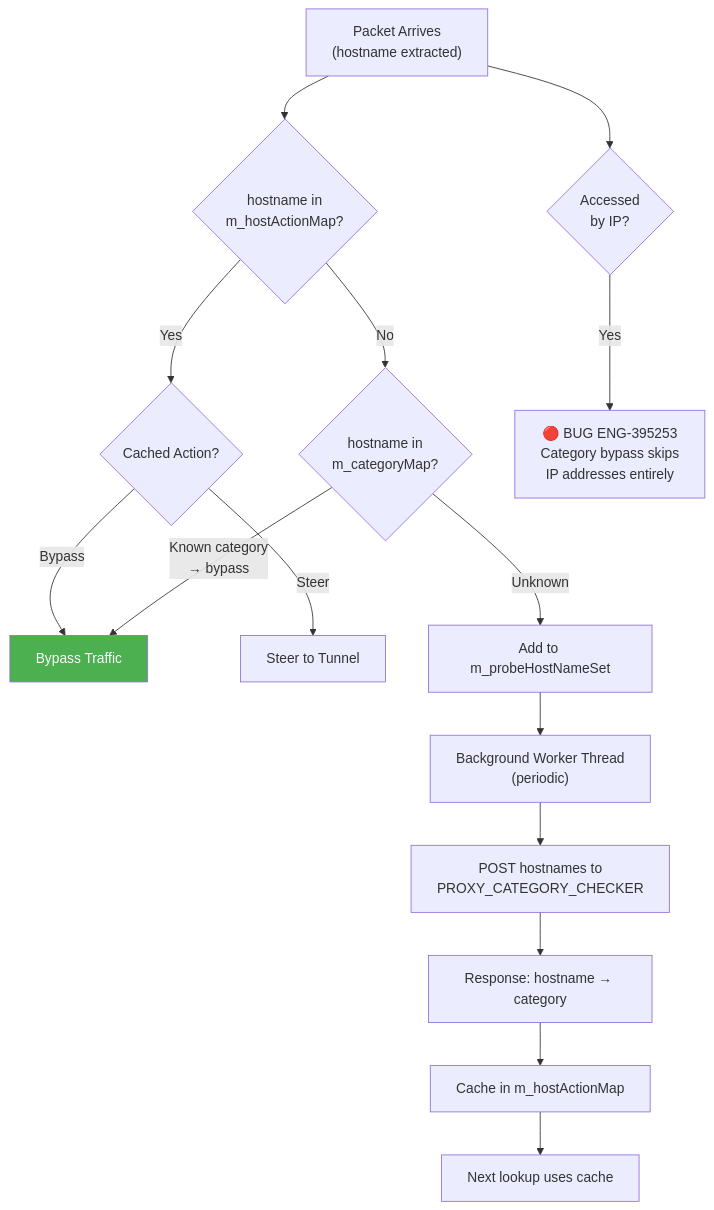
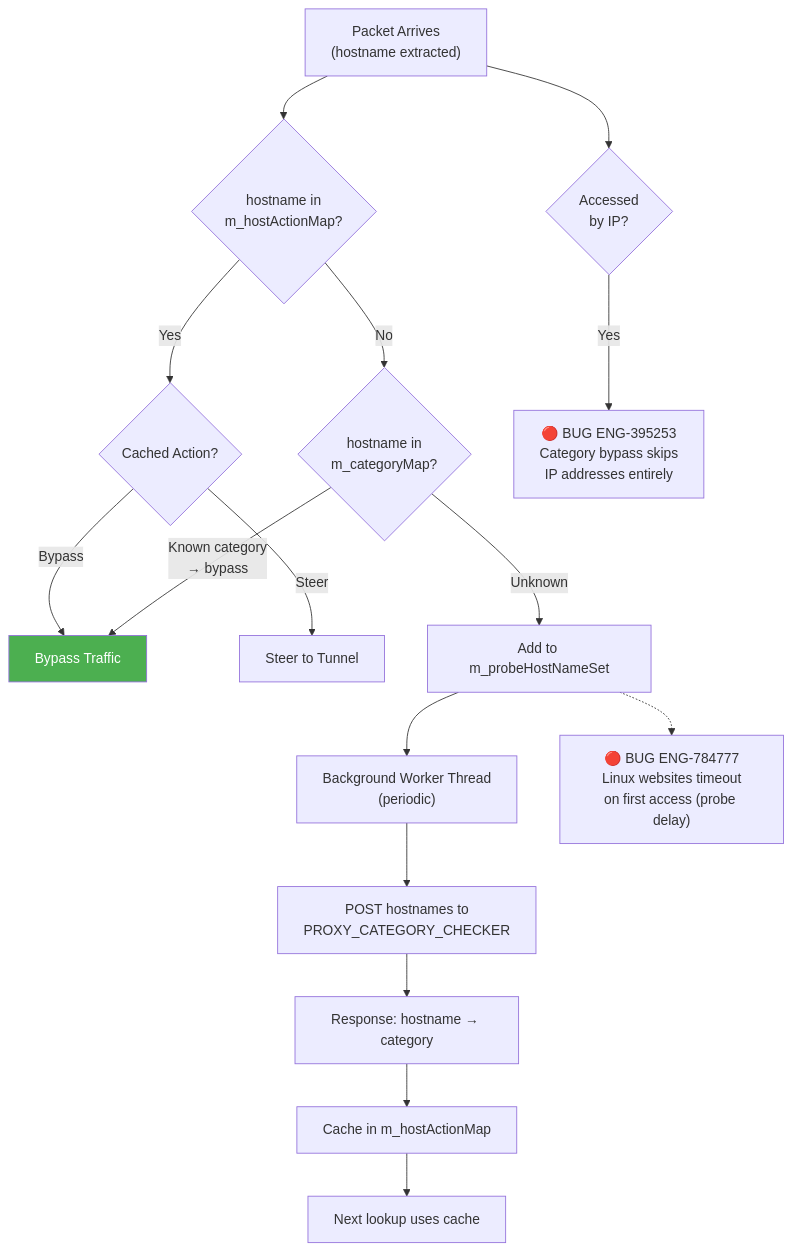
One commit to ns-klin/endpoint_system_test_plan changed the sixth of 10 diagrams in chapters/10_bypass.md. Above: the diagram before and after it, drawn with Mermaid. The commit also changed other lines of this file and 26 other files, not shown here.

First line of the commit message:
Add 87 bugs from Excel enrichment and integrate into mermaid diagrams

````diff
--- a/chapters/10_bypass.md
+++ b/chapters/10_bypass.md
@@ -392,22 +427,24 @@
 ```mermaid
 flowchart TD
     PKT["Packet Arrives<br/>(hostname extracted)"] --> CACHE{hostname in<br/>m_hostActionMap?}
     CACHE -->|Yes| CACHED_ACTION{Cached Action?}
     CACHED_ACTION -->|Bypass| BYPASS[Bypass Traffic]
     CACHED_ACTION -->|Steer| STEER[Steer to Tunnel]
 
     CACHE -->|No| CAT{hostname in<br/>m_categoryMap?}
     CAT -->|Known category<br/>→ bypass| BYPASS
     CAT -->|Unknown| PROBE_SET["Add to m_probeHostNameSet"]
 
     PROBE_SET --> WORKER["Background Worker Thread<br/>(periodic)"]
     WORKER --> POST["POST hostnames to<br/>PROXY_CATEGORY_CHECKER"]
     POST --> RESP["Response: hostname → category"]
     RESP --> UPDATE["Cache in m_hostActionMap"]
     UPDATE --> NEXT["Next lookup uses cache"]
 
     PKT --> IP_CHECK{Accessed<br/>by IP?}
     IP_CHECK -->|Yes| BUG_IP["🔴 BUG ENG-395253<br/>Category bypass skips<br/>IP addresses entirely"]
 
+    PROBE_SET -.-> BUG_TIMEOUT["🔴 BUG ENG-784777<br/>Linux websites timeout<br/>on first access (probe delay)"]
+
     style BYPASS fill:#4CAF50,color:#fff
 ```
````
